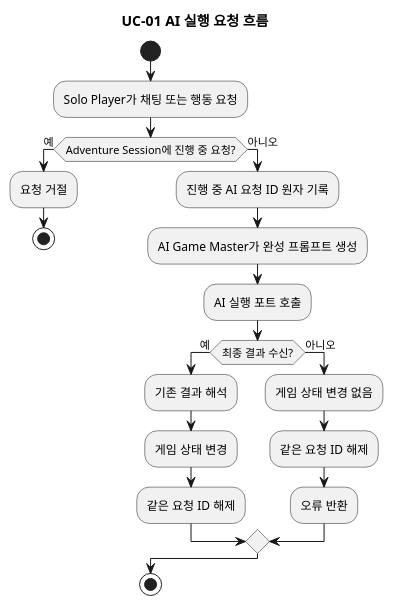
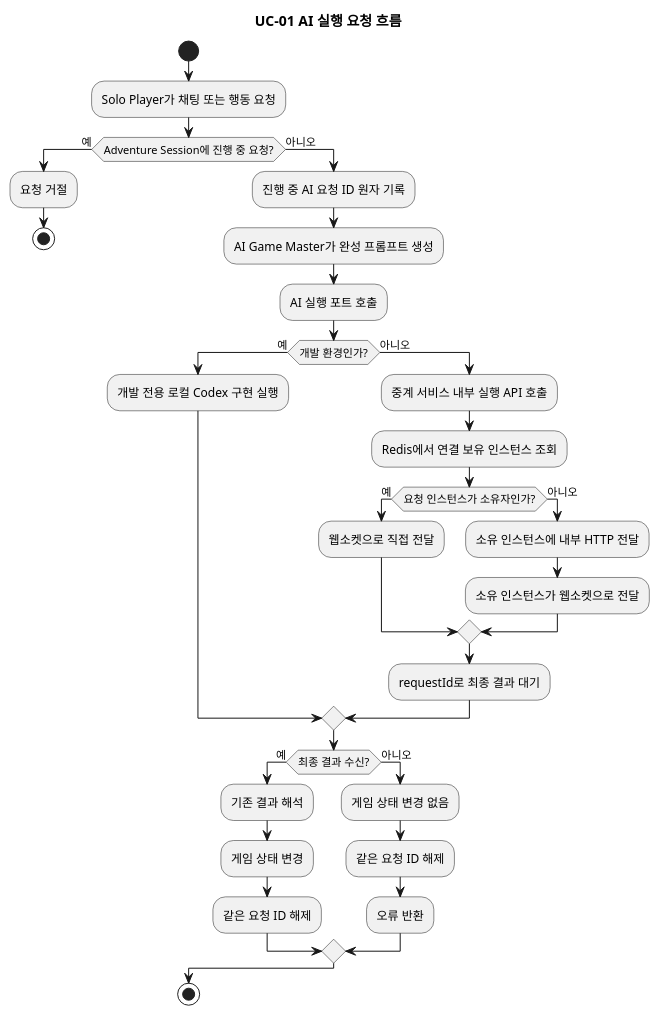
One commit to omegafrog/dnd-master changed the first of 8 diagrams in docs/specs/remote-codex-agent-port/architecture-spec.md. Above: the diagram before and after it, drawn with PlantUML. The commit also changed other lines of this file and 13 other files, not shown here.

Commit message:
docs(remote-agent): align specs with implemented relay flow

````diff
--- a/docs/specs/remote-codex-agent-port/architecture-spec.md
+++ b/docs/specs/remote-codex-agent-port/architecture-spec.md
@@ -35,25 +37,38 @@
 ```plantuml
 @startuml
 title UC-01 AI 실행 요청 흐름
 start
 :Solo Player가 채팅 또는 행동 요청;
 if (Adventure Session에 진행 중 요청?) then (예)
   :요청 거절;
   stop
 else (아니오)
   :진행 중 AI 요청 ID 원자 기록;
   :AI Game Master가 완성 프롬프트 생성;
-  :AI 실행 포트 호출;
-  if (최종 결과 수신?) then (예)
+:AI 실행 포트 호출;
+if (개발 환경인가?) then (예)
+  :개발 전용 로컬 Codex 구현 실행;
+else (아니오)
+  :중계 서비스 내부 실행 API 호출;
+  :Redis에서 연결 보유 인스턴스 조회;
+  if (요청 인스턴스가 소유자인가?) then (예)
+    :웹소켓으로 직접 전달;
+  else (아니오)
+    :소유 인스턴스에 내부 HTTP 전달;
+    :소유 인스턴스가 웹소켓으로 전달;
+  endif
+  :requestId로 최종 결과 대기;
+endif
+if (최종 결과 수신?) then (예)
     :기존 결과 해석;
     :게임 상태 변경;
     :같은 요청 ID 해제;
   else (아니오)
     :게임 상태 변경 없음;
     :같은 요청 ID 해제;
     :오류 반환;
   endif
 endif
 stop
 @enduml
 ```
````
